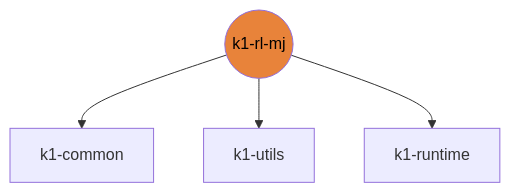
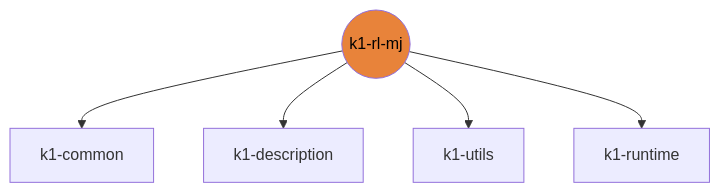
The diagram in README.md (thdhyan/k1-rl-mj), drawn with Mermaid before and after one commit. The commit also changed other lines of this file and 1 other file, not shown here.

````diff
--- a/README.md
+++ b/README.md
@@ -14,11 +14,13 @@
 ```mermaid
 flowchart TB
   k1_common[k1-common]
+  k1_description[k1-description]
   k1_utils[k1-utils]
   k1_runtime[k1-runtime]
   k1_rl_mj((k1-rl-mj))
   style k1_rl_mj fill:#e8833a,color:#000
   k1_rl_mj --> k1_common
+  k1_rl_mj --> k1_description
   k1_rl_mj --> k1_utils
   k1_rl_mj --> k1_runtime
 ```
````
